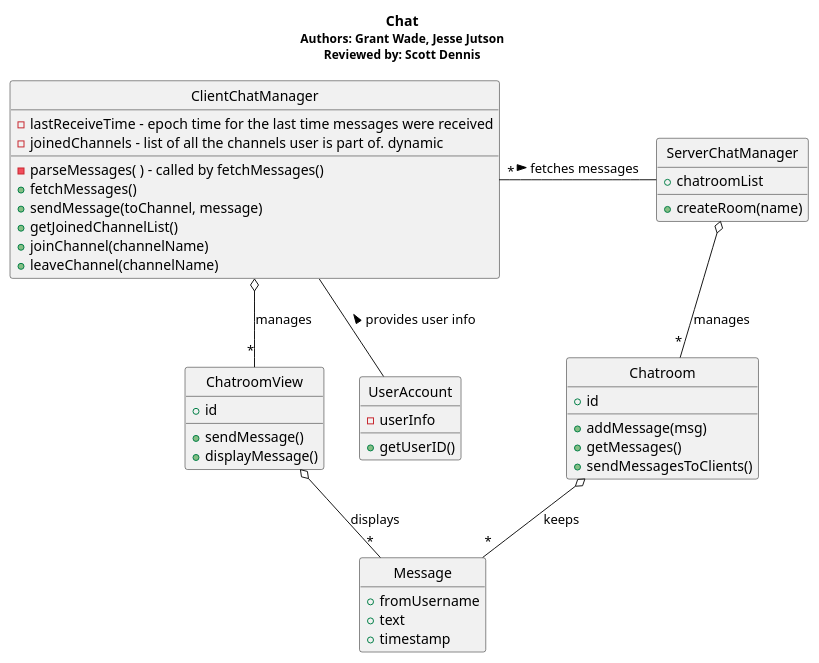
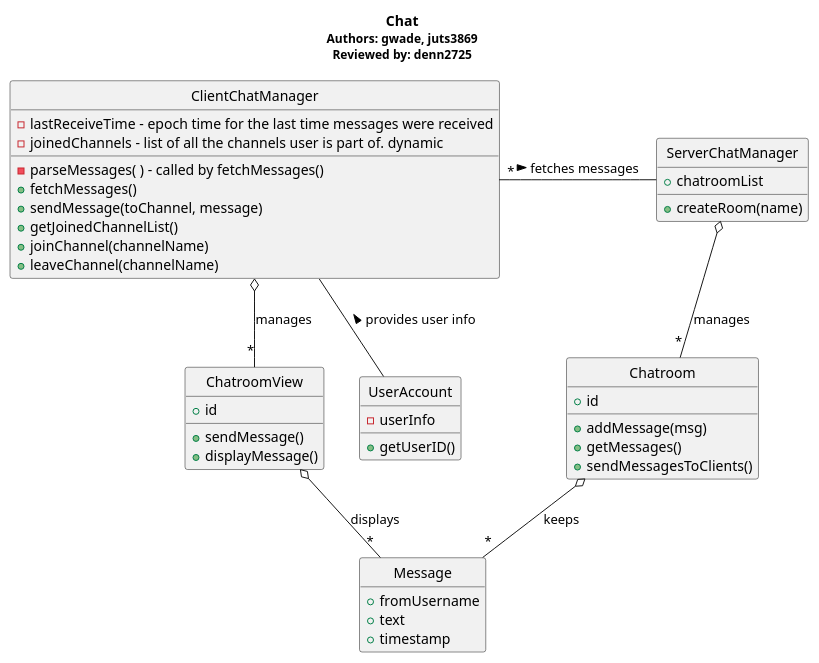
The diagram in hw3/Chat/fullChat.pu (voxelv/sQuire_kw), drawn with PlantUML before and after one commit. The commit also changed 1 other file, not shown here.

```diff
--- a/hw3/Chat/fullChat.pu
+++ b/hw3/Chat/fullChat.pu
@@ -1,74 +1,74 @@
 @startuml
 hide circle
 hide empty members
 
-Title <b>Chat</b>\n<size:12>Authors: Grant Wade, Jesse Jutson\n<size:12>Reviewed by: Scott Dennis
+Title <b>Chat</b>\n<size:12>Authors: gwade, juts3869\n<size:12>Reviewed by: denn2725
 
 
 class "ServerChatManager" as chat{
 	+chatroomList
 	+createRoom(name)
 
 }
 
 class "Chatroom" as chatroom{
 	+id
 	+addMessage(msg)
 	+getMessages()
 	+sendMessagesToClients()
 }
 
 /'
 class "Chat Message" as chatMsg{
 	+fromUsername
 	+text
 	+timestamp
 }
 '/
 
 
 class "ClientChatManager" as clientChat{
 	-lastReceiveTime - epoch time for the last time messages were received
 	-joinedChannels - list of all the channels user is part of. dynamic
 
 	-parseMessages( ) - called by fetchMessages()
 	+fetchMessages()
 	+sendMessage(toChannel, message)
 	+getJoinedChannelList()
 	+joinChannel(channelName)
 	+leaveChannel(channelName)
 }
 
 class "ChatroomView" as clientChatroom{
 	+id
 	+sendMessage()
 	+displayMessage()
 }
 
 
 class "Message" as msg{
 '	+fromID
 	+fromUsername
 	+text
 	+timestamp
 }
 
 
 class "UserAccount" as userAccount{
 	-userInfo
 	+getUserID()
 }
 
 
 chat  o-- "*" chatroom : manages
 chatroom  o-- "*" msg : keeps
 
 clientChat  o-- "*" clientChatroom : manages
 userAccount  -up-  clientChat : provides user info >
 clientChatroom  o-- "*" msg : displays
 
 'projectChat -r-|> clientChatroom
 
 clientChat "*" -r- chat : fetches messages >
 
 @enduml
```
